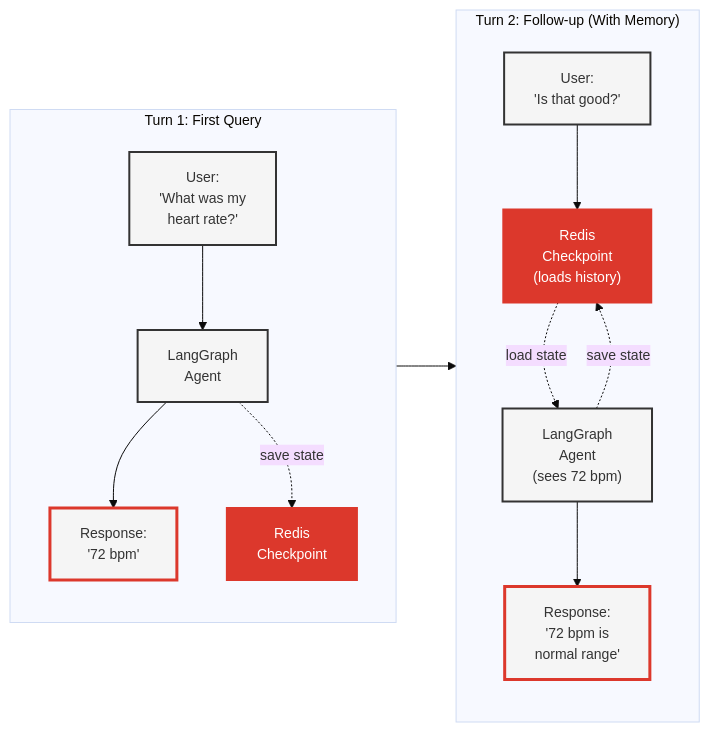
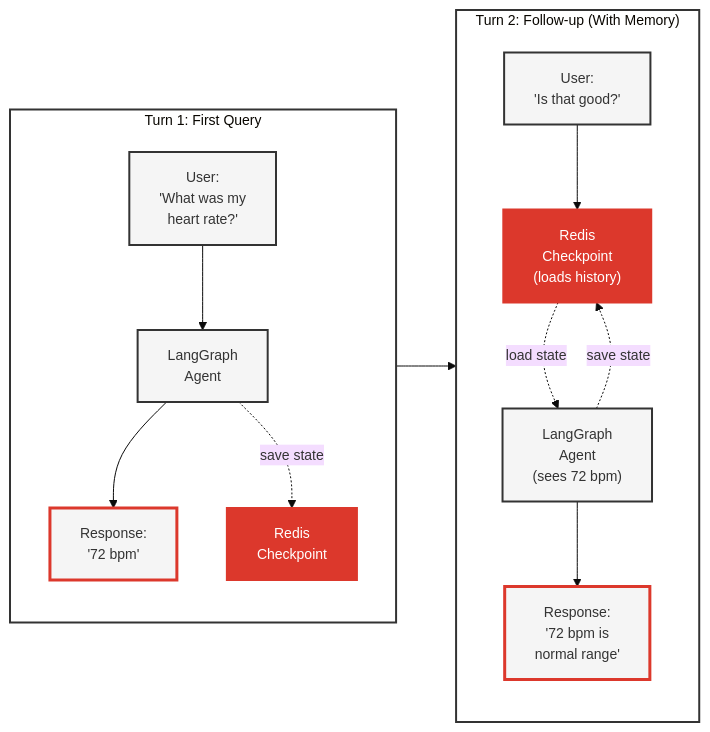
One commit to AllieRays/redis-wellness changed the first of 2 diagrams in docs/12_LANGGRAPH_CHECKPOINTING.md. Above: the diagram before and after it, drawn with Mermaid. The commit also changed 3 other files, not shown here.

````diff
--- a/docs/12_LANGGRAPH_CHECKPOINTING.md
+++ b/docs/12_LANGGRAPH_CHECKPOINTING.md
@@ -21,37 +21,39 @@
 ```mermaid
 %%{init: {'theme':'base', 'themeVariables': { 'fontSize':'14px'}, 'flowchart': {'nodeSpacing': 50, 'rankSpacing': 60}}}%%
 flowchart LR
     subgraph Turn1["Turn 1: First Query"]
         U1["User:<br/>'What was my<br/>heart rate?'"]
         L1["LangGraph<br/>Agent"]
         R1["Redis<br/>Checkpoint"]
         A1["Response:<br/>'72 bpm'"]
 
         U1 --> L1
         L1 --> A1
         L1 -."save state".-> R1
     end
 
     subgraph Turn2["Turn 2: Follow-up (With Memory)"]
         U2["User:<br/>'Is that good?'"]
         R2["Redis<br/>Checkpoint<br/>(loads history)"]
         L2["LangGraph<br/>Agent<br/>(sees 72 bpm)"]
         A2["Response:<br/>'72 bpm is<br/>normal range'"]
 
         U2 --> R2
         R2 -."load state".-> L2
         L2 --> A2
         L2 -."save state".-> R2
     end
 
     Turn1 --> Turn2
 
+    style Turn1 fill:none,stroke:#333,stroke-width:2px
+    style Turn2 fill:none,stroke:#333,stroke-width:2px
     style U1 fill:#f5f5f5,stroke:#333,stroke-width:2px
     style U2 fill:#f5f5f5,stroke:#333,stroke-width:2px
     style L1 fill:#f5f5f5,stroke:#333,stroke-width:2px
     style L2 fill:#f5f5f5,stroke:#333,stroke-width:2px
     style R1 fill:#DC382C,stroke:#DC382C,stroke-width:2px,color:#fff
     style R2 fill:#DC382C,stroke:#DC382C,stroke-width:2px,color:#fff
     style A1 fill:#f5f5f5,stroke:#DC382C,stroke-width:3px
     style A2 fill:#f5f5f5,stroke:#DC382C,stroke-width:3px
 ```
````
